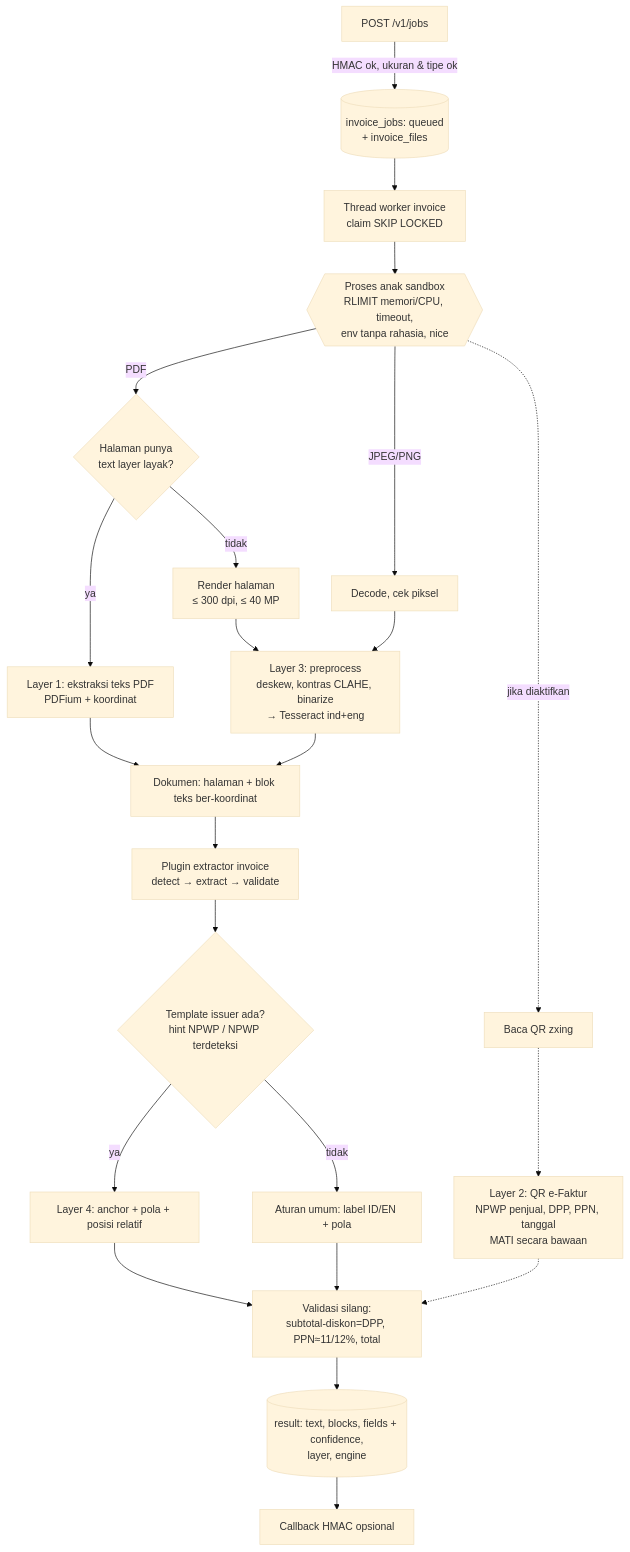
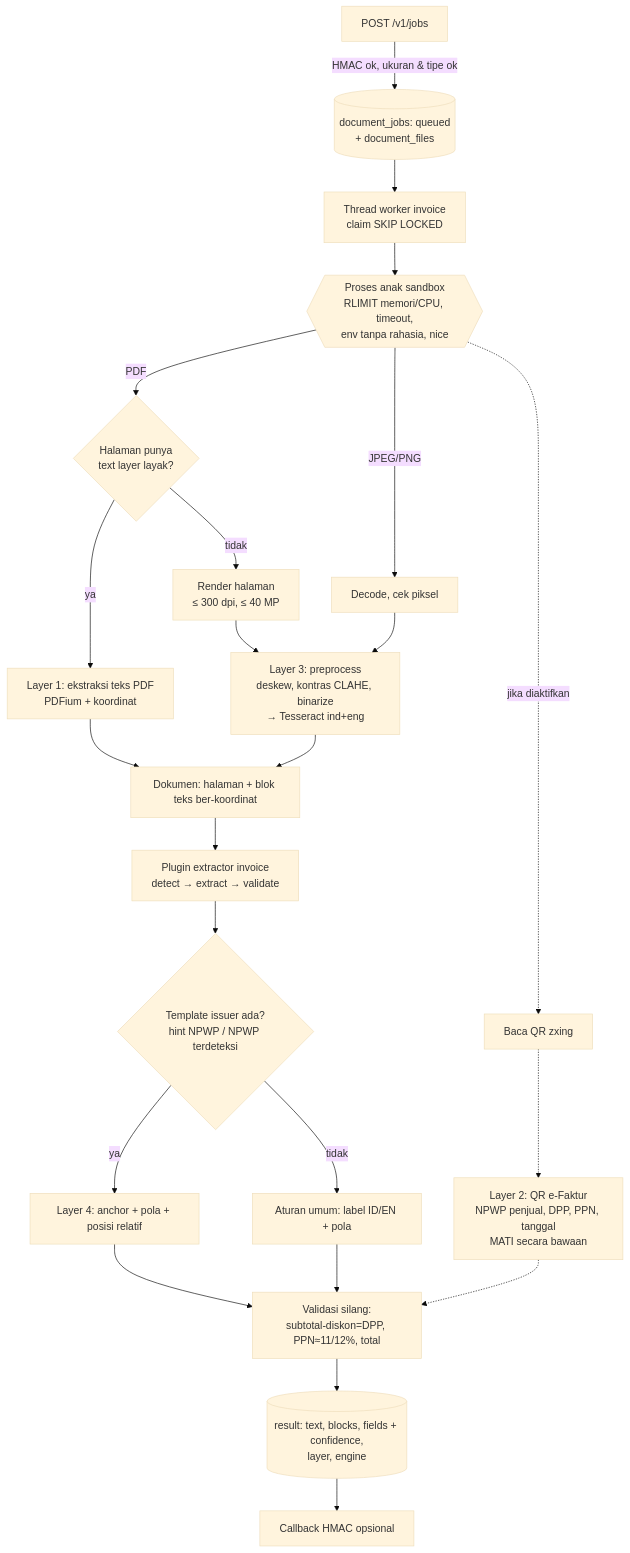
Before and after one commit to anas-fikri/ocr-engine: the second of 2 diagrams in docs/invoice-ocr-design.md, drawn with Mermaid (base theme). The commit also changed other lines of this file and 41 other files, not shown here.

````diff
--- a/docs/invoice-ocr-design.md
+++ b/docs/invoice-ocr-design.md
@@ -92,25 +92,25 @@
 ```mermaid
 flowchart TB
-    A[POST /v1/jobs] -->|HMAC ok, ukuran & tipe ok| Q[(invoice_jobs: queued<br/>+ invoice_files)]
+    A[POST /v1/jobs] -->|HMAC ok, ukuran & tipe ok| Q[(document_jobs: queued<br/>+ document_files)]
     Q --> W[Thread worker invoice<br/>claim SKIP LOCKED]
     W --> S{{Proses anak sandbox<br/>RLIMIT memori/CPU, timeout,<br/>env tanpa rahasia, nice}}
     S -->|PDF| P1{Halaman punya<br/>text layer layak?}
     P1 -->|ya| L1[Layer 1: ekstraksi teks PDF<br/>PDFium + koordinat]
     P1 -->|tidak| R[Render halaman<br/>≤ 300 dpi, ≤ 40 MP]
     S -->|JPEG/PNG| IMG[Decode, cek piksel]
     R --> L3
     IMG --> L3[Layer 3: preprocess<br/>deskew, kontras CLAHE, binarize<br/>→ Tesseract ind+eng]
     S -.->|jika diaktifkan| QR[Baca QR zxing]
     L1 --> D[Dokumen: halaman + blok teks ber-koordinat]
     L3 --> D
     D --> X[Plugin extractor invoice<br/>detect → extract → validate]
     QR -.-> L2[Layer 2: QR e-Faktur<br/>NPWP penjual, DPP, PPN, tanggal<br/>MATI secara bawaan]
     X --> T{Template issuer ada?<br/>hint NPWP / NPWP terdeteksi}
     T -->|ya| L4[Layer 4: anchor + pola + posisi relatif]
     T -->|tidak| G[Aturan umum: label ID/EN + pola]
     L4 --> V[Validasi silang:<br/>subtotal-diskon=DPP, PPN≈11/12%, total]
     G --> V
     L2 -.-> V
     V --> OUT[(result: text, blocks, fields + confidence,<br/>layer, engine)]
     OUT --> CB[Callback HMAC opsional]
 ```
````
